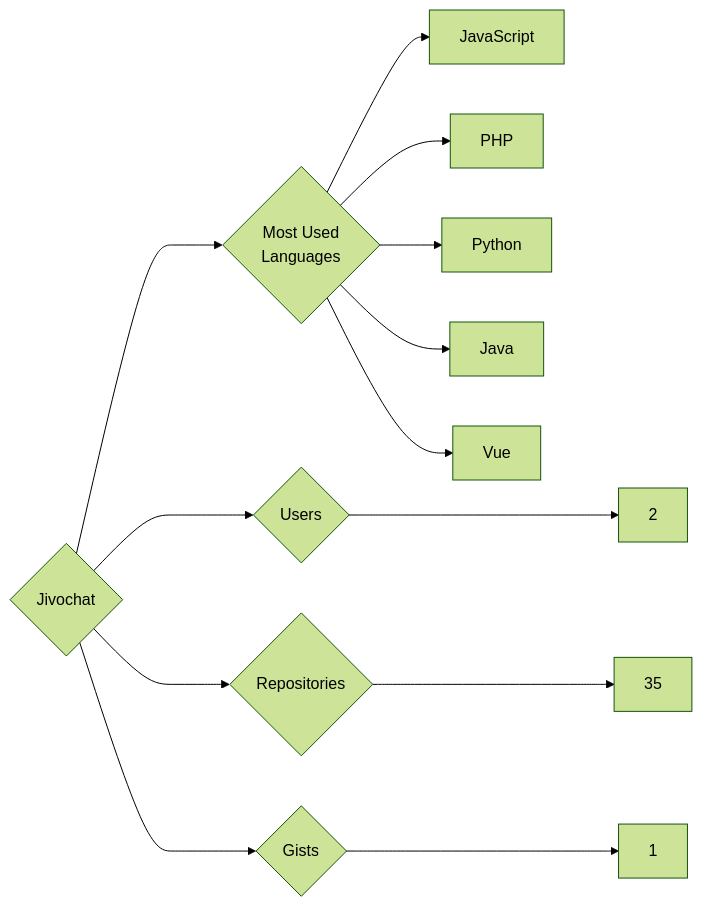
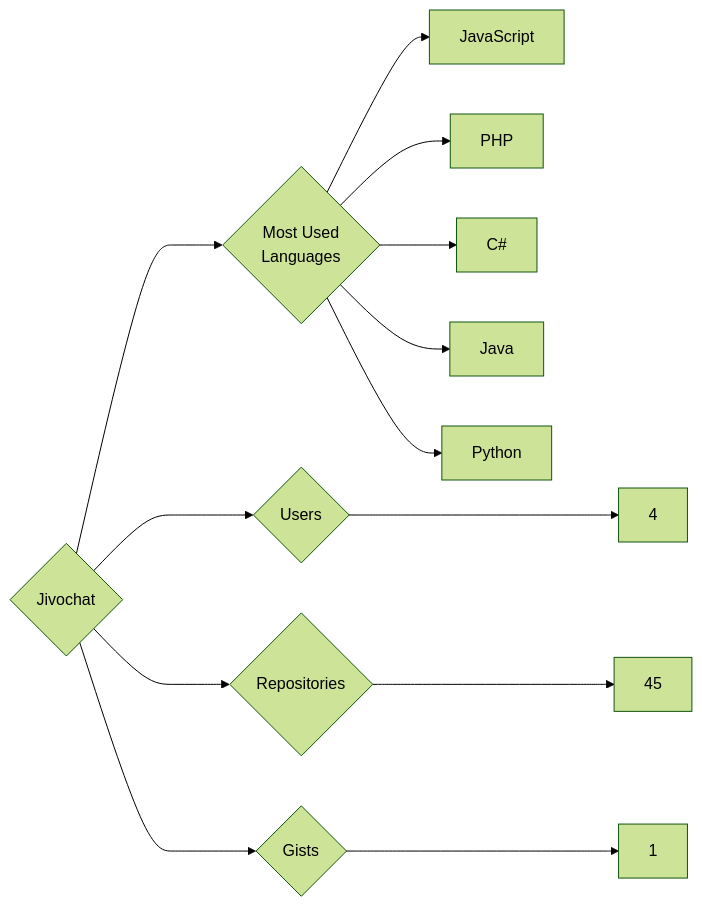
The diagram in targets/Jivochat/README.md (trickest/insiders), drawn with Mermaid (forest theme) before and after one commit. The commit also changed 951 other files, not shown here.

````diff
--- a/targets/Jivochat/README.md
+++ b/targets/Jivochat/README.md
@@ -3,13 +3,13 @@
 ```mermaid
 graph LR
 COMPANY_NAME{Jivochat}
-COMPANY_NAME ---> U{Users} ---> UN[2]
-COMPANY_NAME ---> R{Repositories} ---> RN[35]
+COMPANY_NAME ---> U{Users} ---> UN[4]
+COMPANY_NAME ---> R{Repositories} ---> RN[45]
 COMPANY_NAME ---> G{Gists} ---> GN[1]
 COMPANY_NAME ---> ML{Most Used<br>Languages}
-ML --> JavaScript
-ML --> PHP
-ML --> Python
-ML --> Java
-ML --> Vue
+ML --> JavaScript[JavaScript]
+ML --> PHP[PHP]
+ML --> C#[C#]
+ML --> Java[Java]
+ML --> Python[Python]
 ```
````
